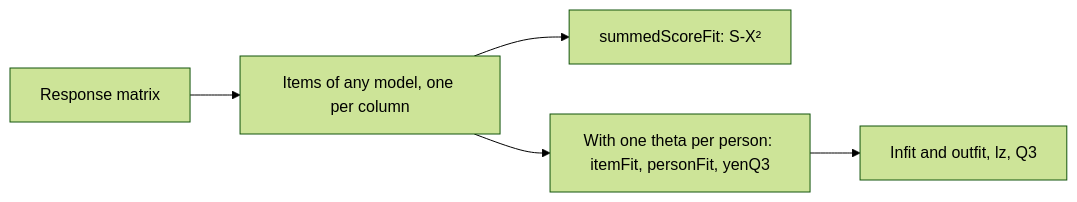
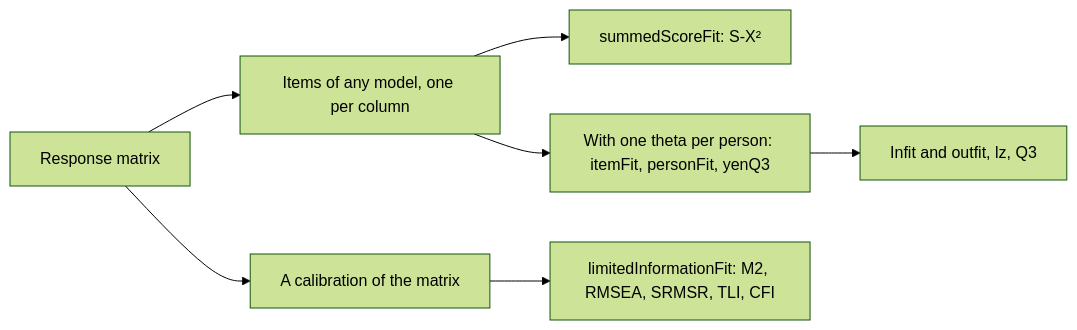
One commit to measurekit/measurekit changed the first of 2 diagrams in docs/psychometrics/fit.md. Above: the diagram before and after it, drawn with Mermaid (forest theme). The commit also changed other lines of this file and 20 other files, not shown here.

Commit message:
Add limitedInformationFit: M2, M2* and C2 of a calibration with RMSEA, SRMSR, TLI and CFI, against mirt and a base R reference where mirt's Δ differs

````diff
--- a/docs/psychometrics/fit.md
+++ b/docs/psychometrics/fit.md
@@ -7,7 +8,9 @@
 ```mermaid
 flowchart LR
   M["Response matrix"] --> I["Items of any model, one per column"]
   I --> S["summedScoreFit: S-X²"]
   I --> R["With one theta per person: itemFit, personFit, yenQ3"]
   R --> A["Infit and outfit, lz, Q3"]
+  M --> C["A calibration of the matrix"]
+  C --> L["limitedInformationFit: M2, RMSEA, SRMSR, TLI, CFI"]
 ```
````
